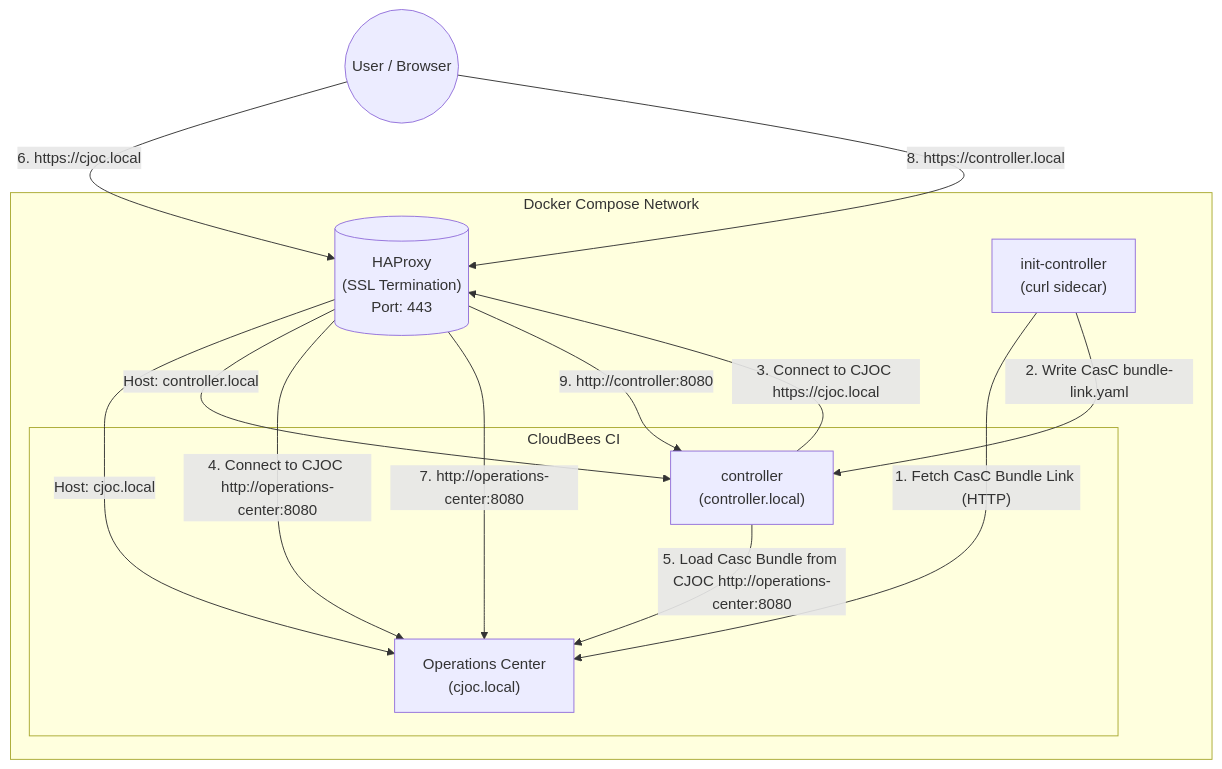
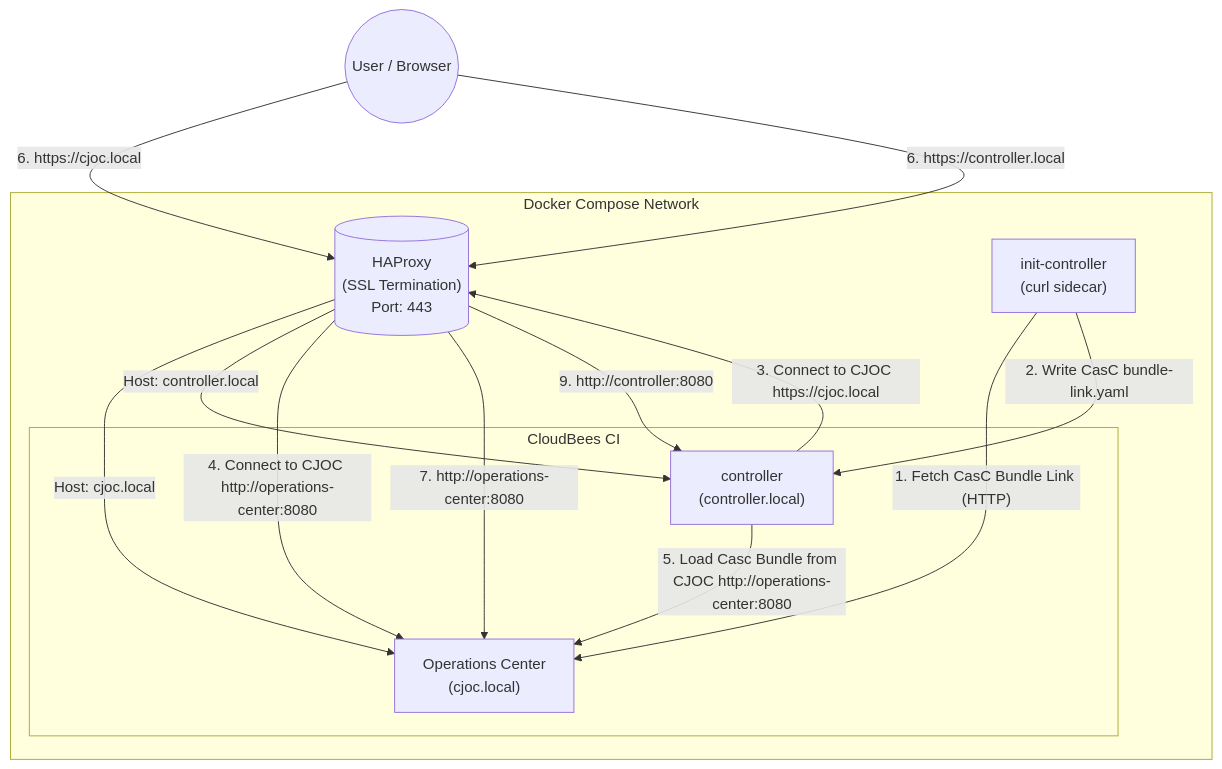
The diagram in README.md (cb-ci/ci-traditional), drawn with Mermaid before and after one commit.

````diff
--- a/README.md
+++ b/README.md
@@ -12,30 +12,30 @@
 ```mermaid
 graph TD
     User((User / Browser))
     subgraph "Docker Compose Network"
         HAProxy[("HAProxy
         (SSL Termination)
         Port: 443")]
         
         subgraph "CloudBees CI"
             CJOC["Operations Center
             (cjoc.local)"]
             Controller["controller
             (controller.local)"]
         end
         
         Init["init-controller
         (curl sidecar)"]
        
         HAProxy -->|Host: cjoc.local| CJOC
         HAProxy -->|Host: controller.local| Controller
     end    
     
     Init -- "1. Fetch CasC Bundle Link (HTTP)" --> CJOC
     Init -- "2. Write CasC bundle-link.yaml" --> Controller
     Controller -- "3. Connect to CJOC https://cjoc.local" --> HAProxy -- "4. Connect to CJOC http://operations-center:8080" --> CJOC
     Controller -- "5. Load Casc Bundle from CJOC http://operations-center:8080" --> CJOC
 
     User -- "6. https://cjoc.local" --> HAProxy -- "7. http://operations-center:8080" --> CJOC
-    User -- "8. https://controller.local" --> HAProxy -- "9. http://controller:8080" --> Controller
+    User -- "6. https://controller.local" --> HAProxy -- "9. http://controller:8080" --> Controller
 ```
````
